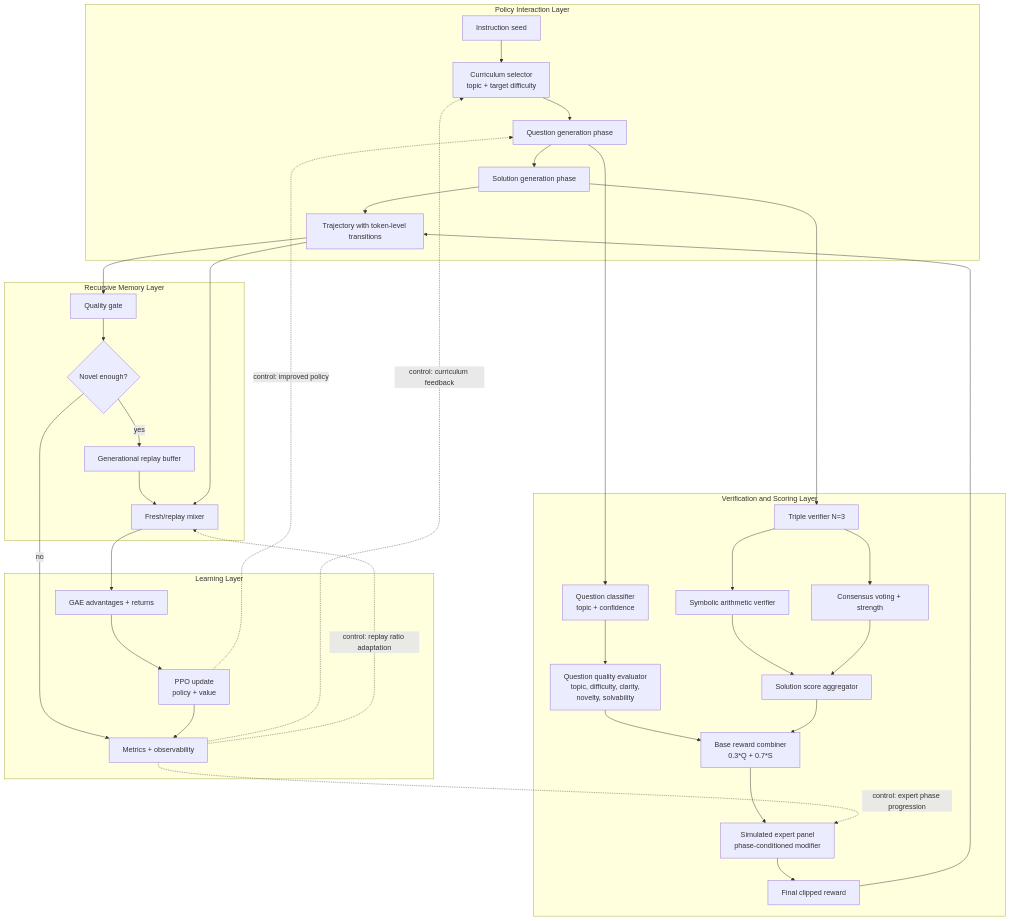
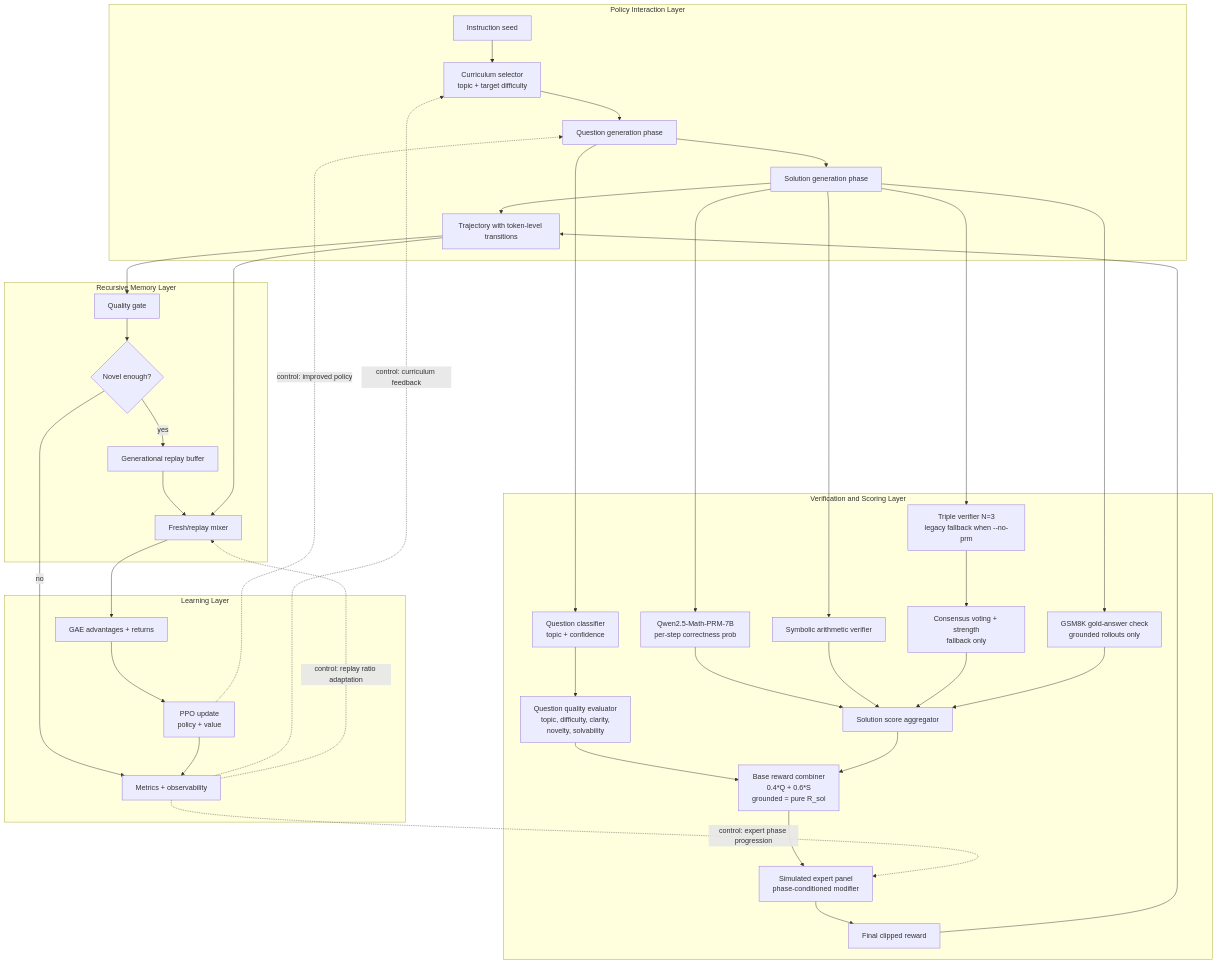
Before and after one commit to Prem01-cyber/finetune_qwen: the first of 3 diagrams in README.md, drawn with Mermaid. The commit also changed other lines of this file and 7 other files, not shown here.

````diff
--- a/README.md
+++ b/README.md
@@ -30,69 +30,75 @@
 ```mermaid
 flowchart TD
     subgraph A["Policy Interaction Layer"]
         I[Instruction seed]:::core
         CSEL[Curriculum selector<br/>topic + target difficulty]:::core
         QGEN[Question generation phase]:::core
         SGEN[Solution generation phase]:::core
         TRAJ[Trajectory with token-level transitions]:::core
     end
 
     subgraph B["Verification and Scoring Layer"]
         QCLS[Question classifier<br/>topic + confidence]:::reward
         QEVAL[Question quality evaluator<br/>topic, difficulty, clarity,<br/>novelty, solvability]:::reward
-        TV[Triple verifier N=3]:::reward
+        PRM[Qwen2.5-Math-PRM-7B<br/>per-step correctness prob]:::reward
+        TV[Triple verifier N=3<br/>legacy fallback when --no-prm]:::reward
         SYM[Symbolic arithmetic verifier]:::reward
-        CONS[Consensus voting + strength]:::reward
+        CONS[Consensus voting + strength<br/>fallback only]:::reward
+        GT[GSM8K gold-answer check<br/>grounded rollouts only]:::reward
         SOL[Solution score aggregator]:::reward
-        BASE[Base reward combiner<br/>0.3*Q + 0.7*S]:::reward
+        BASE[Base reward combiner<br/>0.4*Q + 0.6*S<br/>grounded = pure R_sol]:::reward
         EXP[Simulated expert panel<br/>phase-conditioned modifier]:::reward
         FINAL[Final clipped reward]:::reward
     end
 
     subgraph C["Recursive Memory Layer"]
         QF[Quality gate]:::memory
         NOV{Novel enough?}:::decision
         RB[Generational replay buffer]:::memory
         MIX[Fresh/replay mixer]:::memory
     end
 
     subgraph D["Learning Layer"]
         GAE[GAE advantages + returns]:::core
         PPO[PPO update<br/>policy + value]:::core
         MET[Metrics + observability]:::core
     end
 
     I --> CSEL
     CSEL --> QGEN
     QGEN --> SGEN
     SGEN --> TRAJ
 
     QGEN --> QCLS
     QCLS --> QEVAL
+    SGEN --> PRM
+    SGEN --> SYM
+    SGEN --> GT
     SGEN --> TV
-    TV --> SYM
     TV --> CONS
+    PRM --> SOL
     SYM --> SOL
     CONS --> SOL
+    GT --> SOL
     QEVAL --> BASE
     SOL --> BASE
     BASE --> EXP
     EXP --> FINAL
     FINAL --> TRAJ
 
     TRAJ --> QF
     QF --> NOV
     NOV -- yes --> RB
     NOV -- no --> MET
 
     RB --> MIX
     TRAJ --> MIX
     MIX --> GAE
     GAE --> PPO
     PPO --> MET
 
     PPO -. control: improved policy .-> QGEN
     MET -. control: curriculum feedback .-> CSEL
     MET -. control: expert phase progression .-> EXP
     MET -. control: replay ratio adaptation .-> MIX
 ```
````
